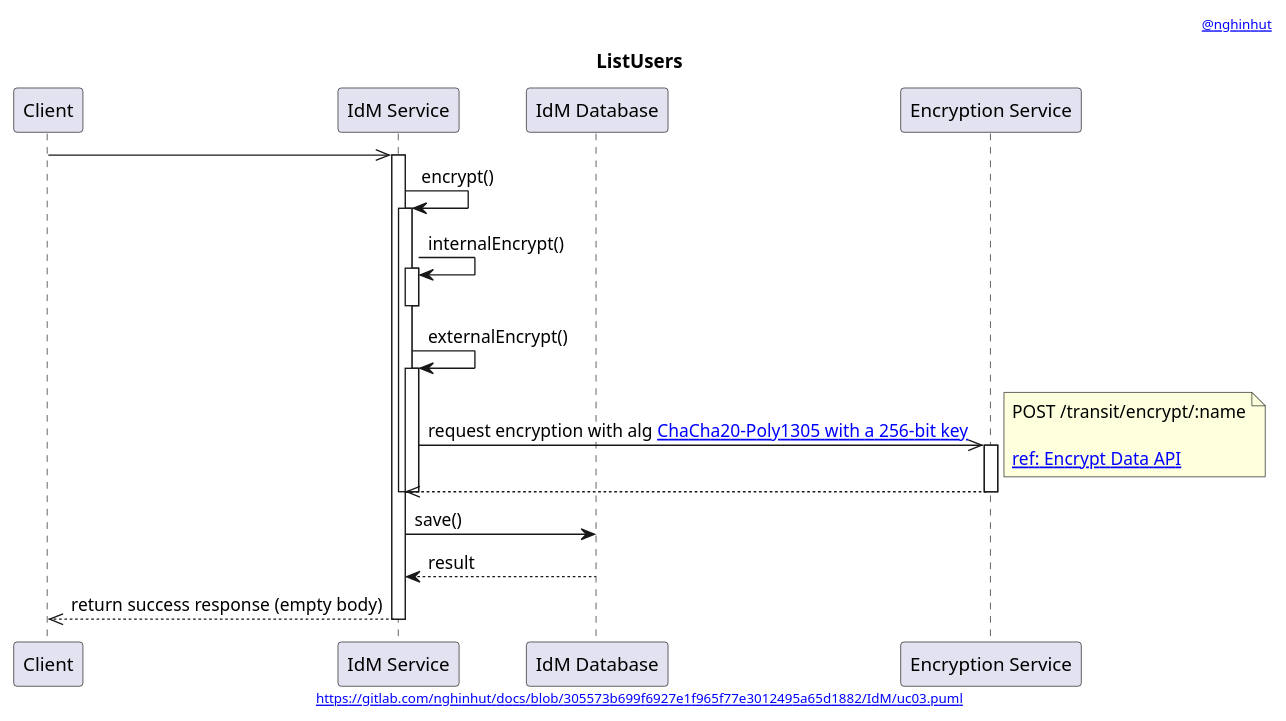
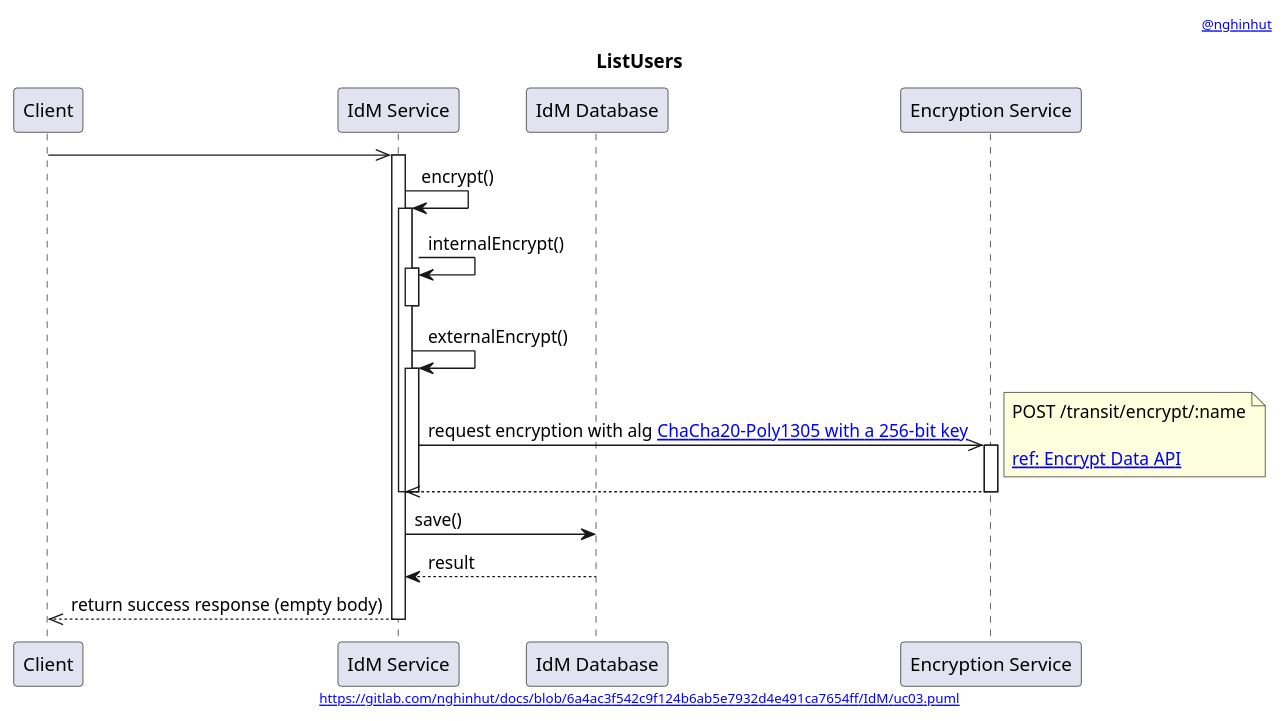
Before and after one commit to nghinhut/docs: the diagram in IdM/uc03.sequence.puml, drawn with PlantUML. The commit also changed 18 other files, not shown here.

Commit message:
Update diagrams

```diff
--- a/IdM/uc03.sequence.puml
+++ b/IdM/uc03.sequence.puml
@@ -1,43 +1,43 @@
 @startuml
 '-----START auto generated metadata please keep comment here to allow auto update-----
 '-----DON'T EDIT THIS SECTION, INSTEAD RE-RUN prebuild.sh TO UPDATE-----
-header [[www.nghinhut.dev?from=http%5C%3A%5C%2F%5C%2Fwww%5C.plantuml%5C.com%5C%2Fplantuml%5C%2Fproxy%3Ffmt%3Dsvg%5C%26src%3Dhttps%5C%3A%5C%2F%5C%2Fgitlab%5C.com%5C%2Fnghinhut%5C%2Fdocs%5C%2Fraw%5C%2F305573b699f6927e1f965f77e3012495a65d1882%5C%2FIdM%5C%2Fuc03%5C.puml%0A @nghinhut]]
-footer [[http://www.plantuml.com/plantuml/proxy?fmt=svg&src=https://gitlab.com/nghinhut/docs/raw/305573b699f6927e1f965f77e3012495a65d1882/IdM/uc03.puml https://gitlab.com/nghinhut/docs/blob/305573b699f6927e1f965f77e3012495a65d1882/IdM/uc03.puml]]
+header [[www.nghinhut.dev?from=https%5C%3A%5C%2F%5C%2Fgitlab%5C.com%5C%2Fnghinhut%5C%2Fdocs%5C%2Fblob%5C%2F6a4ac3f542c9f124b6ab5e7932d4e491ca7654ff%5C%2FIdM%5C%2Fuc03%5C.puml%0A @nghinhut]]
+footer [[http://www.plantuml.com/plantuml/proxy?fmt=svg&src=https://gitlab.com/nghinhut/docs/raw/6a4ac3f542c9f124b6ab5e7932d4e491ca7654ff/IdM/uc03.puml https://gitlab.com/nghinhut/docs/blob/6a4ac3f542c9f124b6ab5e7932d4e491ca7654ff/IdM/uc03.puml]]
 '-----END auto generated metadata please keep comment here to allow auto update-----
 title ListUsers
 
 participant "Client" as client
 participant "IdM Service" as idm
 participant "IdM Database" as db
 participant "Encryption Service" as es
 
 client ->> idm
 activate idm
 
 idm -> idm : encrypt()
 activate idm
 idm -> idm : internalEncrypt()
 activate idm
 deactivate idm
 
 idm -> idm : externalEncrypt()
 activate idm
 idm ->> es : request encryption with alg [[https://www.vaultproject.io/docs/secrets/transit/index.html#chacha20-poly1305 ChaCha20-Poly1305 with a 256-bit key]]
 note right
     POST /transit/encrypt/:name
 
     [[https://www.vaultproject.io/api/secret/transit/index.html#encrypt-data ref: Encrypt Data API]]
 end note
 activate es
 idm <<-- es
 deactivate es
 deactivate idm
 deactivate idm
 
 idm -> db : save()
 idm <-- db : result
 
 client <<-- idm : return success response (empty body)
 deactivate idm
 
 @enduml
```
